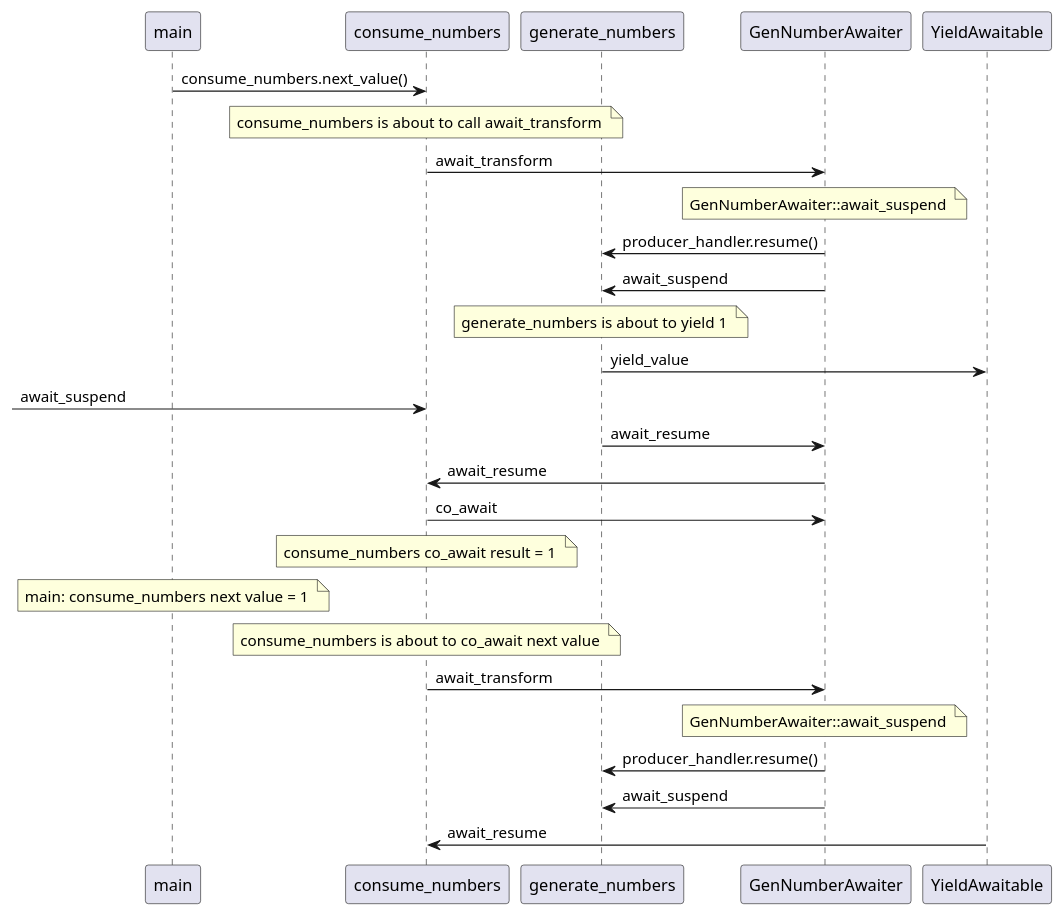
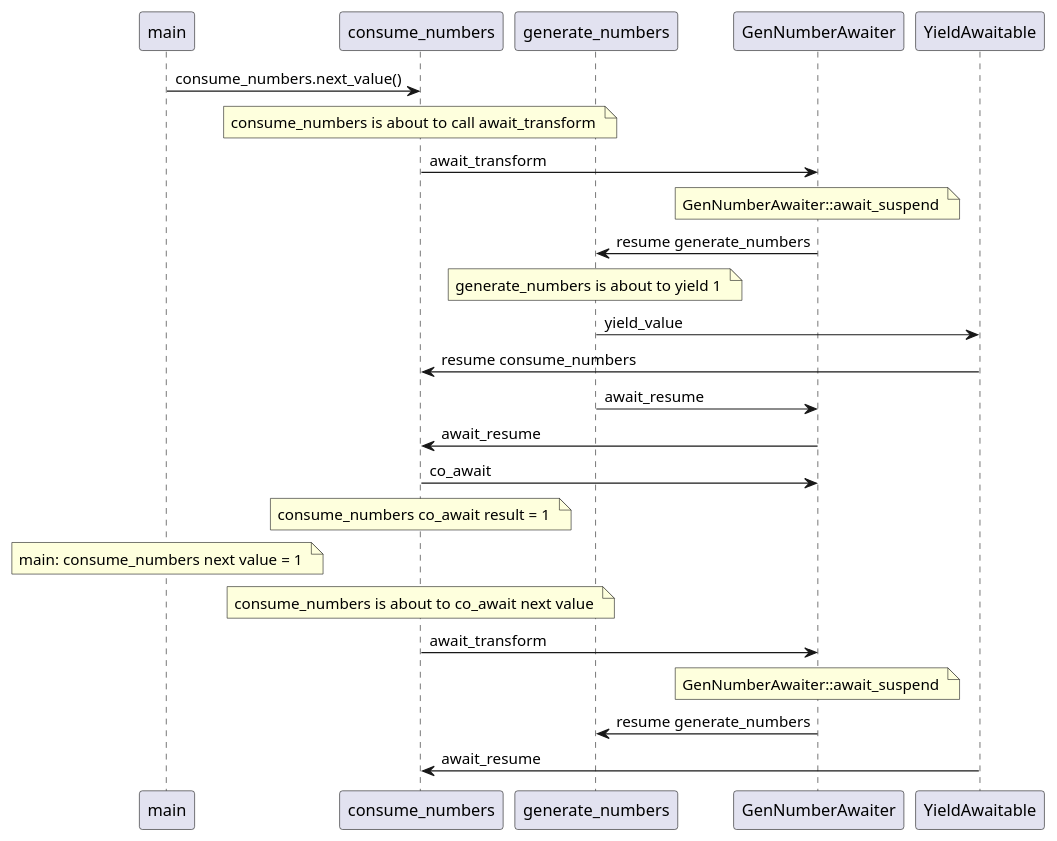
The diagram in coro_fizz.puml (Celthi/coro20), drawn with PlantUML before and after one commit. The commit also changed 1 other file, not shown here.

```diff
--- a/coro_fizz.puml
+++ b/coro_fizz.puml
@@ -1,48 +1,46 @@
 @startuml
 participant main
 participant consume_numbers
 participant generate_numbers
 participant GenNumberAwaiter
 participant YieldAwaitable
 main -> consume_numbers : consume_numbers.next_value()
 note over consume_numbers
 consume_numbers is about to call await_transform 
 end note
 
 consume_numbers -> GenNumberAwaiter : await_transform
 note over GenNumberAwaiter
 GenNumberAwaiter::await_suspend 
 end note
 
-GenNumberAwaiter -> generate_numbers : producer_handler.resume()
-GenNumberAwaiter -> generate_numbers : await_suspend
+GenNumberAwaiter -> generate_numbers : resume generate_numbers
 note over generate_numbers
 generate_numbers is about to yield 1 
 end note
 
 generate_numbers -> YieldAwaitable : yield_value
- -> consume_numbers : await_suspend
+YieldAwaitable -> consume_numbers : resume consume_numbers
 generate_numbers -> GenNumberAwaiter : await_resume
 GenNumberAwaiter -> consume_numbers : await_resume
 consume_numbers -> GenNumberAwaiter : co_await
 note over consume_numbers
 consume_numbers co_await result = 1 
 end note
 
 note over main
 main: consume_numbers next value = 1 
 end note
 
 note over consume_numbers
 consume_numbers is about to co_await next value 
 end note
 
 consume_numbers -> GenNumberAwaiter : await_transform
 note over GenNumberAwaiter
 GenNumberAwaiter::await_suspend 
 end note
 
-GenNumberAwaiter -> generate_numbers : producer_handler.resume()
-GenNumberAwaiter -> generate_numbers : await_suspend
+GenNumberAwaiter -> generate_numbers : resume generate_numbers
 YieldAwaitable -> consume_numbers : await_resume
 @enduml
```
